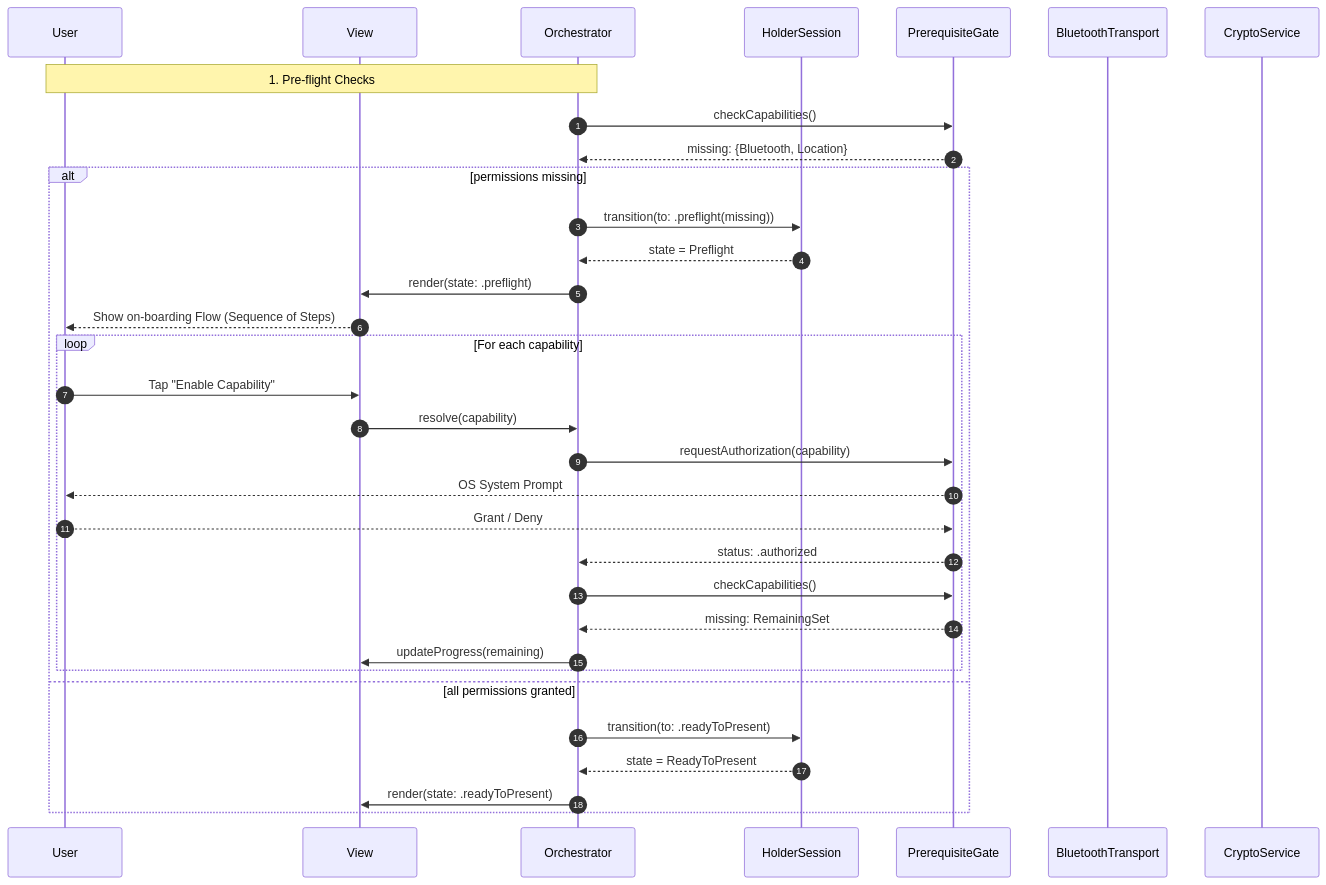
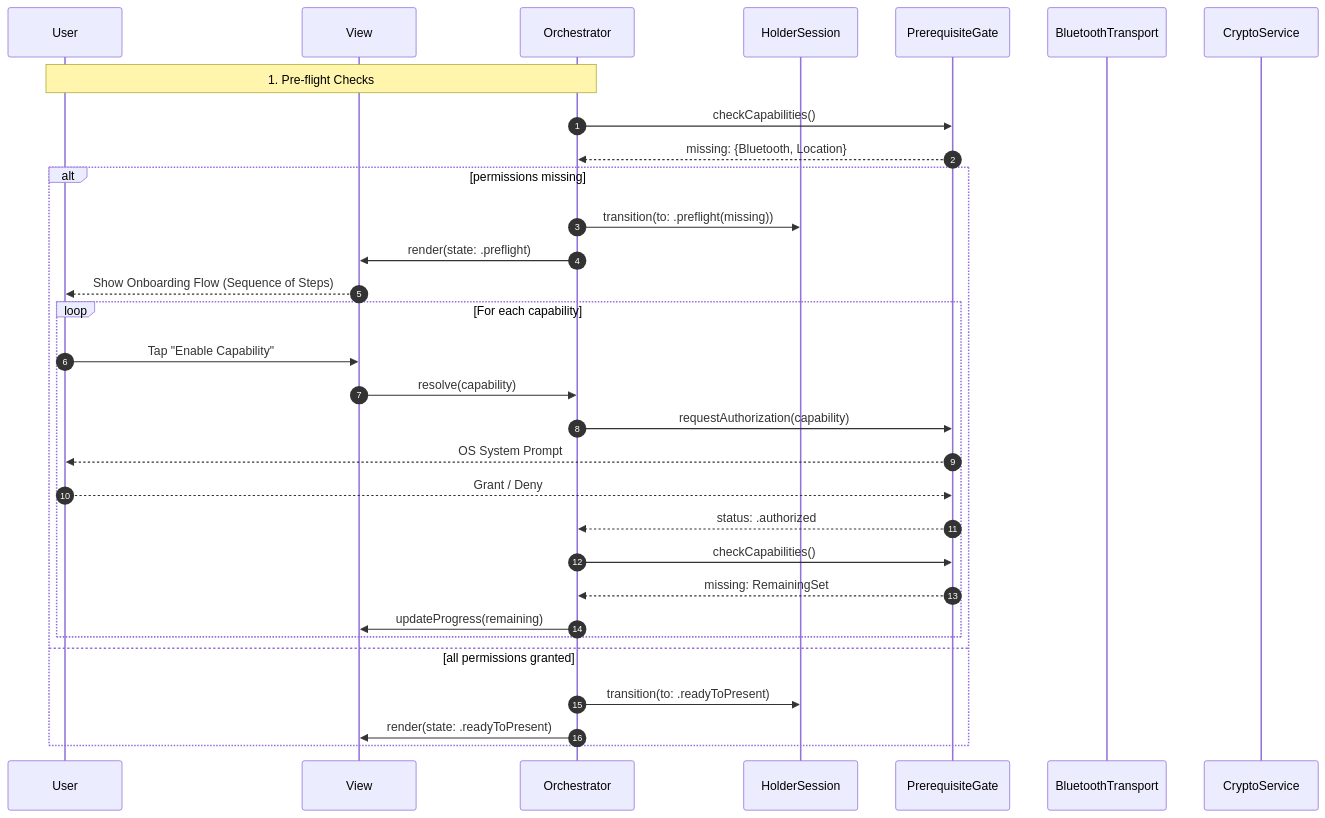
Before and after one commit to govuk-one-login/mobile-credential-sharing-docs: the second of 7 diagrams in holder-solution-architecture.md, drawn with Mermaid. The commit also changed other lines of this file, not shown here.

````diff
--- a/holder-solution-architecture.md
+++ b/holder-solution-architecture.md
@@ -209,42 +289,46 @@
 ```mermaid
 sequenceDiagram
     autonumber
+
     participant User
     participant UI as View
     participant OR as Orchestrator
     participant HS as HolderSession
     participant PG as PrerequisiteGate
     participant BLE as BluetoothTransport
     participant CRY as CryptoService
+
     Note over User, OR: 1. Pre-flight Checks
-%% 1. Batch Check
-    OR ->> PG: checkCapabilities()
-    PG -->> OR: missing: {Bluetooth, Location}
+
+    %% 1. Batch Check
+    OR->>PG: checkCapabilities()
+    PG-->>OR: missing: {Bluetooth, Location}
 
     alt permissions missing
-        OR ->> HS: transition(to: .preflight(missing))
-        HS -->> OR: state = Preflight
-        OR ->> UI: render(state: .preflight)
-    %% 2. Unified on-boarding
-        UI -->> User: Show on-boarding Flow (Sequence of Steps)
-    %% 3. Sequential Resolution
+        OR->>HS: transition(to: .preflight(missing))
+        OR->>UI: render(state: .preflight)
+
+        %% 2. Unified Onboarding
+        UI-->>User: Show Onboarding Flow (Sequence of Steps)
+
+        %% 3. Sequential Resolution
         loop For each capability
-            User ->> UI: Tap "Enable Capability"
-            UI ->> OR: resolve(capability)
-            OR ->> PG: requestAuthorization(capability)
-            PG -->> User: OS System Prompt
-            User -->> PG: Grant / Deny
-            PG -->> OR: status: .authorized
-        %% Re-check to confirm progress or completion
-            OR ->> PG: checkCapabilities()
-            PG -->> OR: missing: RemainingSet
-            OR ->> UI: updateProgress(remaining)
+            User->>UI: Tap "Enable Capability"
+            UI->>OR: resolve(capability)
+            OR->>PG: requestAuthorization(capability)
+            PG-->>User: OS System Prompt
+            User-->>PG: Grant / Deny
+            PG-->>OR: status: .authorized
+
+            %% Re-check to confirm progress or completion
+            OR->>PG: checkCapabilities()
+            PG-->>OR: missing: RemainingSet
+            OR->>UI: updateProgress(remaining)
         end
 
     else all permissions granted
-        OR ->> HS: transition(to: .readyToPresent)
-        HS -->> OR: state = ReadyToPresent
-        OR ->> UI: render(state: .readyToPresent)
+        OR->>HS: transition(to: .readyToPresent)
+        OR->>UI: render(state: .readyToPresent)
     end
 
 ```
````
